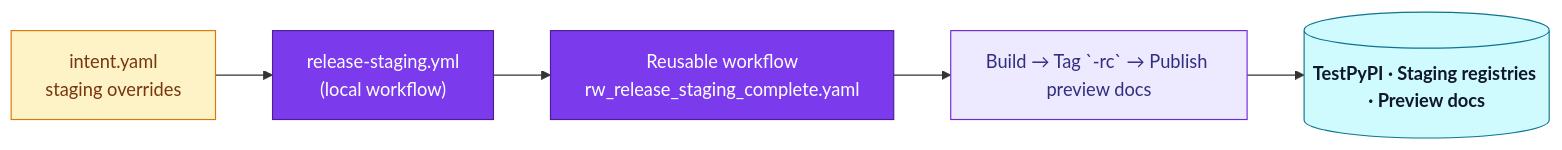
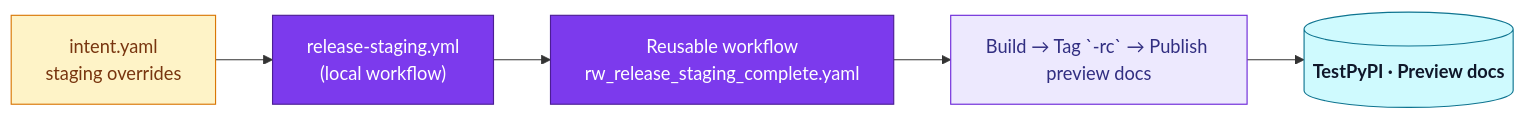
Before and after one commit to Chisanan232/abe-kafka: the second of 3 diagrams in docs/contents/development/ci-cd/release-system.mdx, drawn with Mermaid. The commit also changed other lines of this file and 3 other files, not shown here.

````diff
--- a/docs/contents/development/ci-cd/release-system.mdx
+++ b/docs/contents/development/ci-cd/release-system.mdx
@@ -55,15 +55,15 @@
 ```mermaid
 flowchart LR
     classDef config fill:#fef3c7,stroke:#d97706,color:#78350f;
     classDef workflow fill:#7c3aed,stroke:#4c1d95,color:#fff;
     classDef jobs fill:#ede9fe,stroke:#6d28d9,color:#312e81;
     classDef targets fill:#cffafe,stroke:#0e7490,color:#0f172a,font-weight:bold;
 
     intent[intent.yaml<br/>staging overrides]:::config
     trigger["release-staging.yml<br/>(local workflow)"]:::workflow
     reusable["Reusable workflow<br/>rw_release_staging_complete.yaml"]:::workflow
     jobs[Build → Tag `-rc` → Publish preview docs]:::jobs
-    targets[(TestPyPI · Staging registries · Preview docs)]:::targets
+    targets[(TestPyPI · Preview docs)]:::targets
 
     intent --> trigger --> reusable --> jobs --> targets
 ```
````
